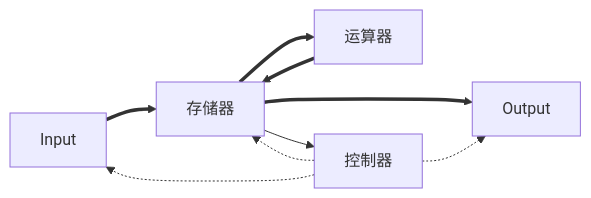
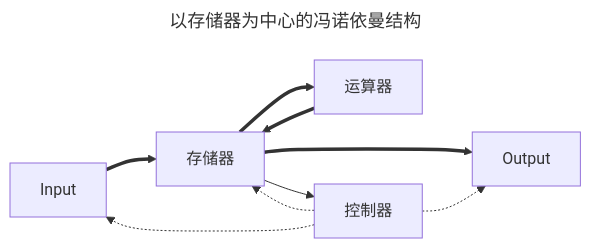
One commit to jasonren0403/notes changed the first of 6 diagrams in notes_dev/soft_security/basic.md. Above: the diagram before and after it, drawn with Mermaid. The commit also changed other lines of this file and 16 other files, not shown here.

````diff
--- a/notes_dev/soft_security/basic.md
+++ b/notes_dev/soft_security/basic.md
@@ -11,17 +10,20 @@
 ```mermaid
+---
+title: 以存储器为中心的冯诺依曼结构
+---
 graph LR
   A[Input]
   B[存储器]
   C[Output]
   D[运算器]
   E[控制器]
   %% 粗实线数据流，细实线指令流，虚线控制流
   A==>B
   B==>C
   B==>D
   D==>B
   B-->E
   E-.->B
   E-.->A
   E-.->C
 ```
````
